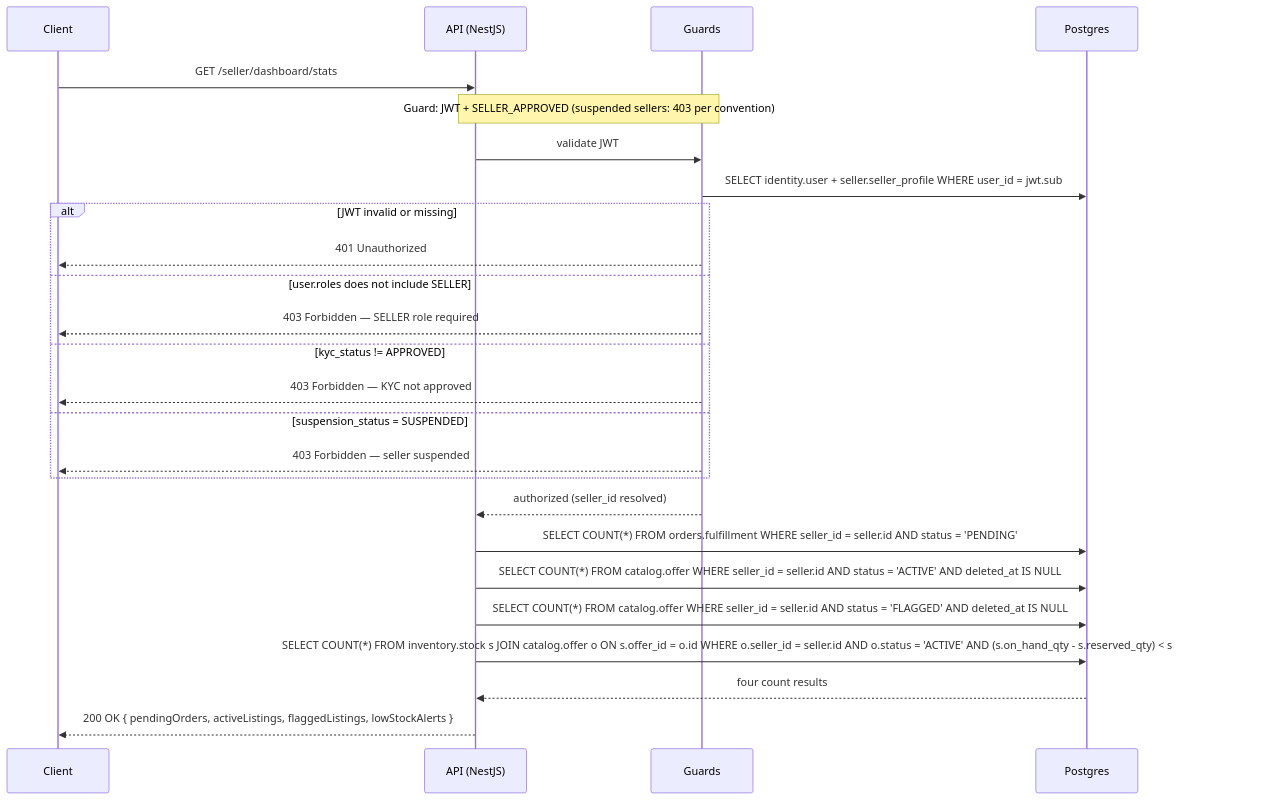
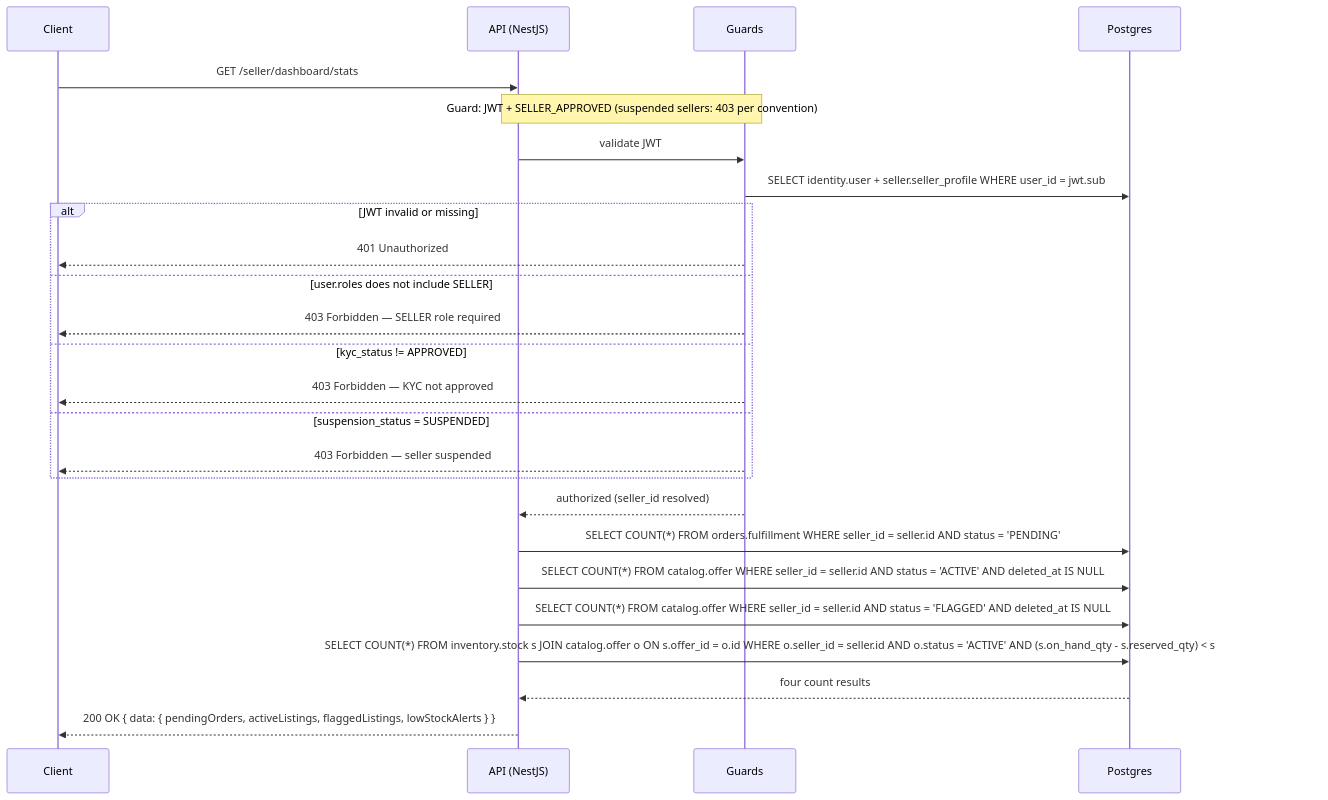
Before and after one commit to alisa-uthi/aliceut-ecom-document: diagram 21 of 21 in phase-1/technical-design/api-design/seller.md, drawn with Mermaid. The commit also changed other lines of this file and 22 other files, not shown here.

````diff
--- a/phase-1/technical-design/api-design/seller.md
+++ b/phase-1/technical-design/api-design/seller.md
@@ -1432,30 +1446,30 @@
 ```mermaid
 sequenceDiagram
     participant C as Client
     participant A as API (NestJS)
     participant G as Guards
     participant P as Postgres
 
     C->>A: GET /seller/dashboard/stats
     Note over A,G: Guard: JWT + SELLER_APPROVED (suspended sellers: 403 per convention)
     A->>G: validate JWT
     G->>P: SELECT identity.user + seller.seller_profile WHERE user_id = jwt.sub
     alt JWT invalid or missing
         G-->>C: 401 Unauthorized
     else user.roles does not include SELLER
         G-->>C: 403 Forbidden — SELLER role required
     else kyc_status != APPROVED
         G-->>C: 403 Forbidden — KYC not approved
     else suspension_status = SUSPENDED
         G-->>C: 403 Forbidden — seller suspended
     end
     G-->>A: authorized (seller_id resolved)
 
     A->>P: SELECT COUNT(*) FROM orders.fulfillment WHERE seller_id = seller.id AND status = 'PENDING'
     A->>P: SELECT COUNT(*) FROM catalog.offer WHERE seller_id = seller.id AND status = 'ACTIVE' AND deleted_at IS NULL
     A->>P: SELECT COUNT(*) FROM catalog.offer WHERE seller_id = seller.id AND status = 'FLAGGED' AND deleted_at IS NULL
     A->>P: SELECT COUNT(*) FROM inventory.stock s JOIN catalog.offer o ON s.offer_id = o.id WHERE o.seller_id = seller.id AND o.status = 'ACTIVE' AND (s.on_hand_qty - s.reserved_qty) < s.low_stock_threshold
     P-->>A: four count results
 
-    A-->>C: 200 OK { pendingOrders, activeListings, flaggedListings, lowStockAlerts }
+    A-->>C: 200 OK { data: { pendingOrders, activeListings, flaggedListings, lowStockAlerts } }
 ```
````
